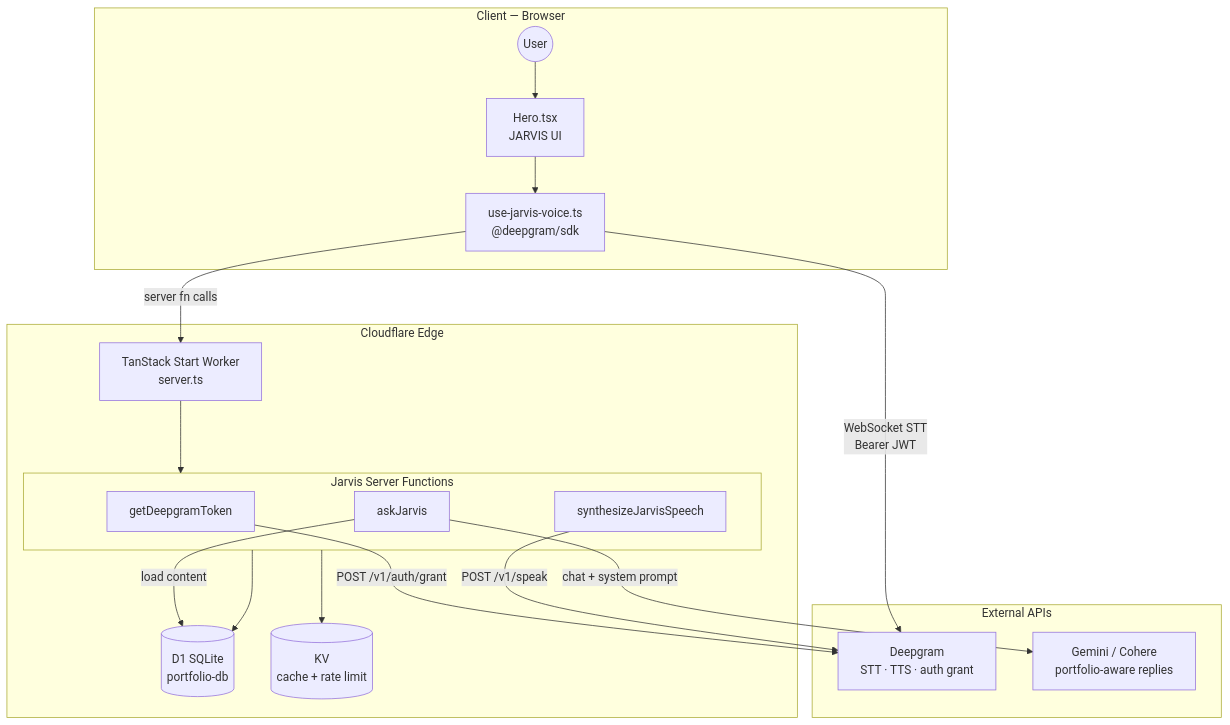
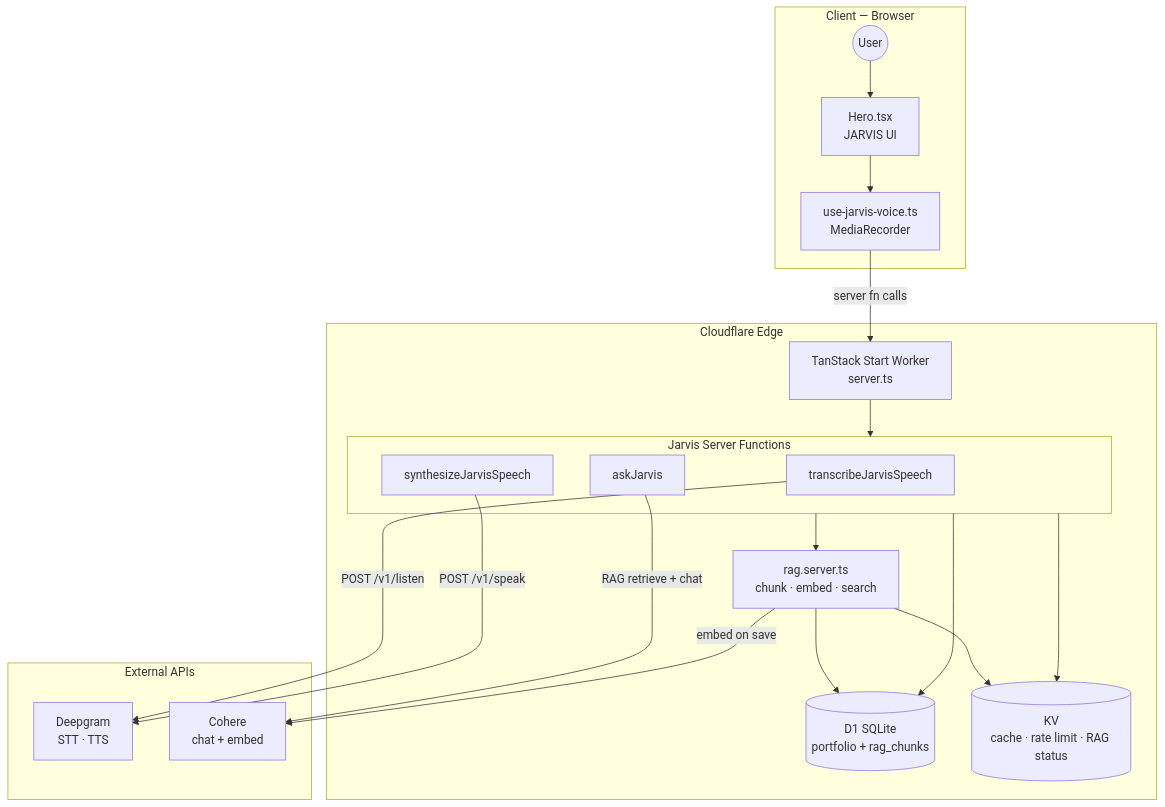
One commit to Anurag313y/Agentic-RAG-Portfolio changed the first of 2 diagrams in README.md. Above: the diagram before and after it, drawn with Mermaid. The commit also changed other lines of this file and 22 other files, not shown here.

````diff
--- a/README.md
+++ b/README.md
@@ -363,36 +362,39 @@
 ```mermaid
 flowchart TB
   subgraph Browser["Client — Browser"]
     User((User))
     Hero["Hero.tsx<br/>JARVIS UI"]
-    Hook["use-jarvis-voice.ts<br/>@deepgram/sdk"]
+    Hook["use-jarvis-voice.ts<br/>MediaRecorder"]
     User --> Hero
     Hero --> Hook
   end
 
   subgraph Cloudflare["Cloudflare Edge"]
     Worker["TanStack Start Worker<br/>server.ts"]
     subgraph Functions["Jarvis Server Functions"]
-      TokenFn["getDeepgramToken"]
+      SttFn["transcribeJarvisSpeech"]
       AskFn["askJarvis"]
       TtsFn["synthesizeJarvisSpeech"]
     end
-    D1[("D1 SQLite<br/>portfolio-db")]
-    KV[("KV<br/>cache + rate limit")]
+    RAG["rag.server.ts<br/>chunk · embed · search"]
+    D1[("D1 SQLite<br/>portfolio + rag_chunks")]
+    KV[("KV<br/>cache · rate limit · RAG status")]
     Worker --> Functions
+    Functions --> RAG
+    RAG --> D1
     Functions --> D1
     Functions --> KV
+    RAG --> KV
   end
 
   subgraph APIs["External APIs"]
-    Deepgram["Deepgram<br/>STT · TTS · auth grant"]
-    LLM["Gemini / Cohere<br/>portfolio-aware replies"]
+    Deepgram["Deepgram<br/>STT · TTS"]
+    Cohere["Cohere<br/>chat + embed"]
   end
 
   Hook -->|"server fn calls"| Worker
-  Hook -->|"WebSocket STT<br/>Bearer JWT"| Deepgram
-  TokenFn -->|"POST /v1/auth/grant"| Deepgram
+  SttFn -->|"POST /v1/listen"| Deepgram
   TtsFn -->|"POST /v1/speak"| Deepgram
-  AskFn -->|"chat + system prompt"| LLM
-  AskFn -->|"load content"| D1
+  AskFn -->|"RAG retrieve + chat"| Cohere
+  RAG -->|"embed on save"| Cohere
 ```
````
